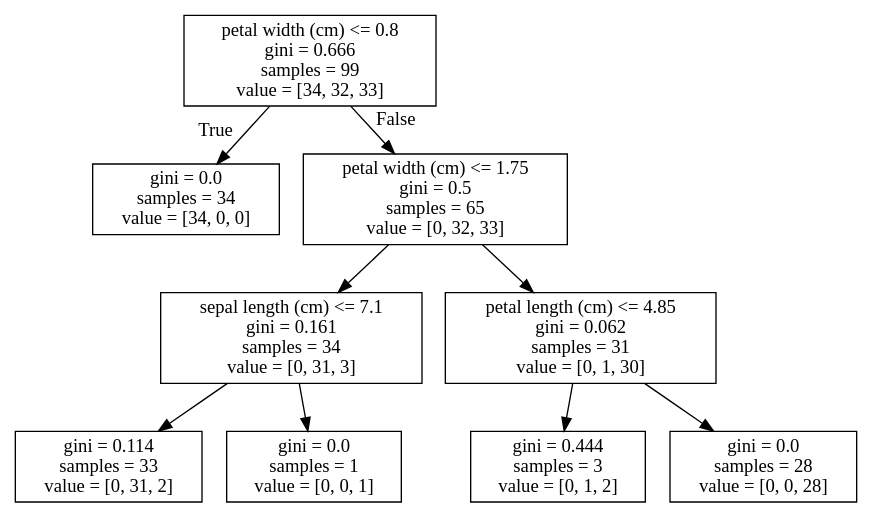
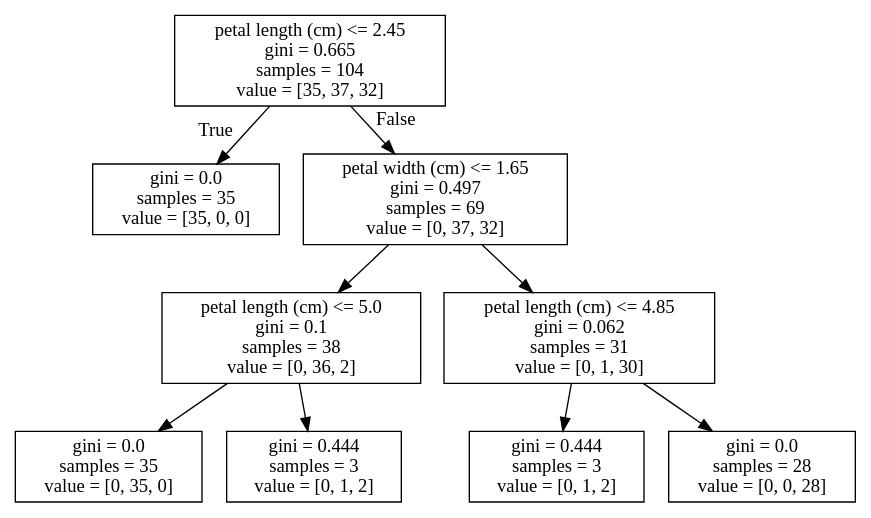
One commit to Asgavar/studia changed the diagram in semestr_5_zima_2019_20/explo/list05/iris-maxdepth.dot. Above: the diagram before and after it, drawn with Graphviz. The commit also changed 7 other files, not shown here.

```diff
--- a/semestr_5_zima_2019_20/explo/list05/iris-maxdepth.dot
+++ b/semestr_5_zima_2019_20/explo/list05/iris-maxdepth.dot
@@ -1,20 +1,20 @@
 digraph Tree {
 node [shape=box] ;
-0 [label="petal width (cm) <= 0.8\ngini = 0.666\nsamples = 99\nvalue = [34, 32, 33]"] ;
-1 [label="gini = 0.0\nsamples = 34\nvalue = [34, 0, 0]"] ;
+0 [label="petal length (cm) <= 2.45\ngini = 0.665\nsamples = 104\nvalue = [35, 37, 32]"] ;
+1 [label="gini = 0.0\nsamples = 35\nvalue = [35, 0, 0]"] ;
 0 -> 1 [labeldistance=2.5, labelangle=45, headlabel="True"] ;
-2 [label="petal width (cm) <= 1.75\ngini = 0.5\nsamples = 65\nvalue = [0, 32, 33]"] ;
+2 [label="petal width (cm) <= 1.65\ngini = 0.497\nsamples = 69\nvalue = [0, 37, 32]"] ;
 0 -> 2 [labeldistance=2.5, labelangle=-45, headlabel="False"] ;
-3 [label="sepal length (cm) <= 7.1\ngini = 0.161\nsamples = 34\nvalue = [0, 31, 3]"] ;
+3 [label="petal length (cm) <= 5.0\ngini = 0.1\nsamples = 38\nvalue = [0, 36, 2]"] ;
 2 -> 3 ;
-4 [label="gini = 0.114\nsamples = 33\nvalue = [0, 31, 2]"] ;
+4 [label="gini = 0.0\nsamples = 35\nvalue = [0, 35, 0]"] ;
 3 -> 4 ;
-5 [label="gini = 0.0\nsamples = 1\nvalue = [0, 0, 1]"] ;
+5 [label="gini = 0.444\nsamples = 3\nvalue = [0, 1, 2]"] ;
 3 -> 5 ;
 6 [label="petal length (cm) <= 4.85\ngini = 0.062\nsamples = 31\nvalue = [0, 1, 30]"] ;
 2 -> 6 ;
 7 [label="gini = 0.444\nsamples = 3\nvalue = [0, 1, 2]"] ;
 6 -> 7 ;
 8 [label="gini = 0.0\nsamples = 28\nvalue = [0, 0, 28]"] ;
 6 -> 8 ;
 }
```
